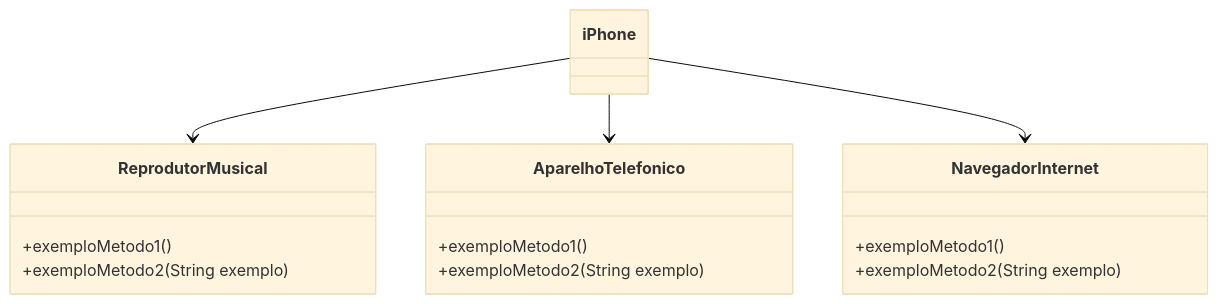
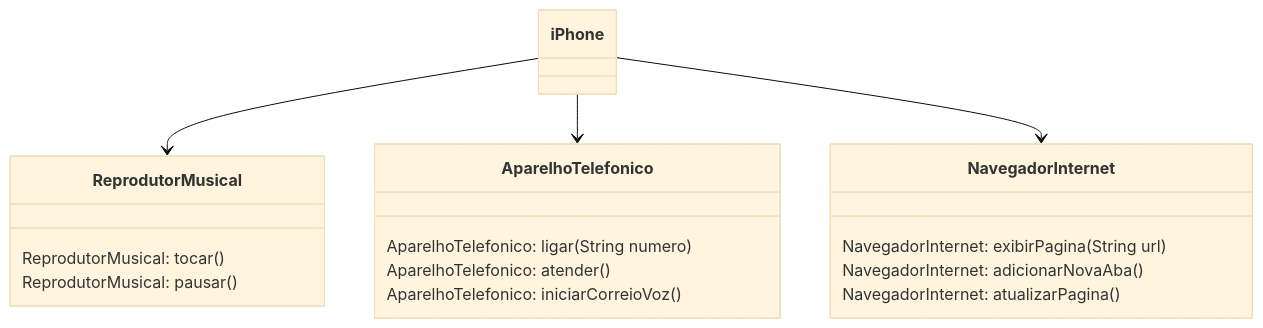
The diagram in desafios/Modelagem_e_Diagramação_de_um_Componente_iPhone/UML - modelagem iphone/README.md (JhonCostaDev/DIO), drawn with Mermaid (base theme) before and after one commit.

Commit message:
Update README.md
add class

````diff
--- a/desafios/Modelagem_e_Diagramação_de_um_Componente_iPhone/UML - modelagem iphone/README.md
+++ b/desafios/Modelagem_e_Diagramação_de_um_Componente_iPhone/UML - modelagem iphone/README.md
@@ -1,24 +1,26 @@
 ```mermaid
 classDiagram
     class ReprodutorMusical {
-        +exemploMetodo1()
-        +exemploMetodo2(String exemplo)
+        ReprodutorMusical: tocar()
+        ReprodutorMusical: pausar()
     }
 
     class AparelhoTelefonico {
-        +exemploMetodo1()
-        +exemploMetodo2(String exemplo)
+        AparelhoTelefonico: ligar(String numero)
+        AparelhoTelefonico: atender()
+        AparelhoTelefonico: iniciarCorreioVoz()
     }
 
     class NavegadorInternet {
-        +exemploMetodo1()
-        +exemploMetodo2(String exemplo)
+        NavegadorInternet: exibirPagina(String url)
+    NavegadorInternet: adicionarNovaAba()
+    NavegadorInternet: atualizarPagina()
     }
 
     class iPhone {
     }
 
     iPhone --> ReprodutorMusical
     iPhone --> AparelhoTelefonico
     iPhone --> NavegadorInternet
 ```
````
